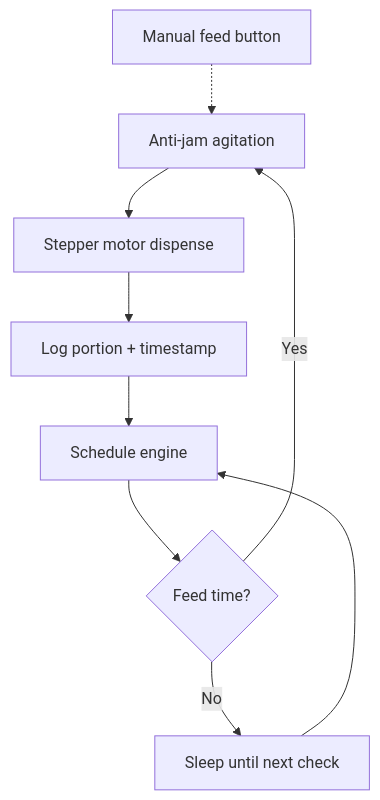
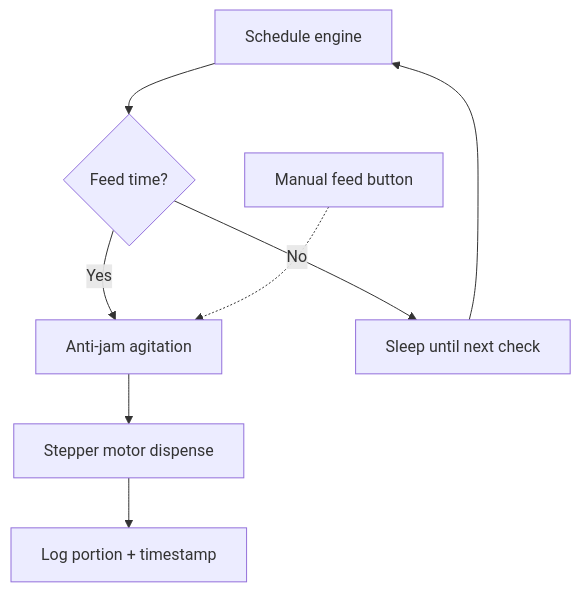
Before and after one commit to Minimalistic/marsh.city: the diagram in src/content/projects/petfeedr.md, drawn with Mermaid. The commit also changed 1 other file, not shown here.

Commit message:
fix: fit mermaid diagrams to mobile viewport, simplify PetFeedr flowchart
Remove min-width: 500px that forced horizontal scrolling on mobile.
TD diagrams now scale to fit the screen. Drop the E-->A loop-back
to keep the layout clean - the sleep loop shows the cycle.

````diff
--- a/src/content/projects/petfeedr.md
+++ b/src/content/projects/petfeedr.md
@@ -38,11 +38,10 @@
 ```mermaid
 flowchart TD
-  G[Manual feed button] -.-> C
   A[Schedule engine] --> B{Feed time?}
   B -->|Yes| C[Anti-jam agitation]
   B -->|No| F[Sleep until next check]
   F --> A
   C --> D[Stepper motor dispense]
   D --> E[Log portion + timestamp]
-  E --> A
+  G[Manual feed button] -.-> C
 ```
````
